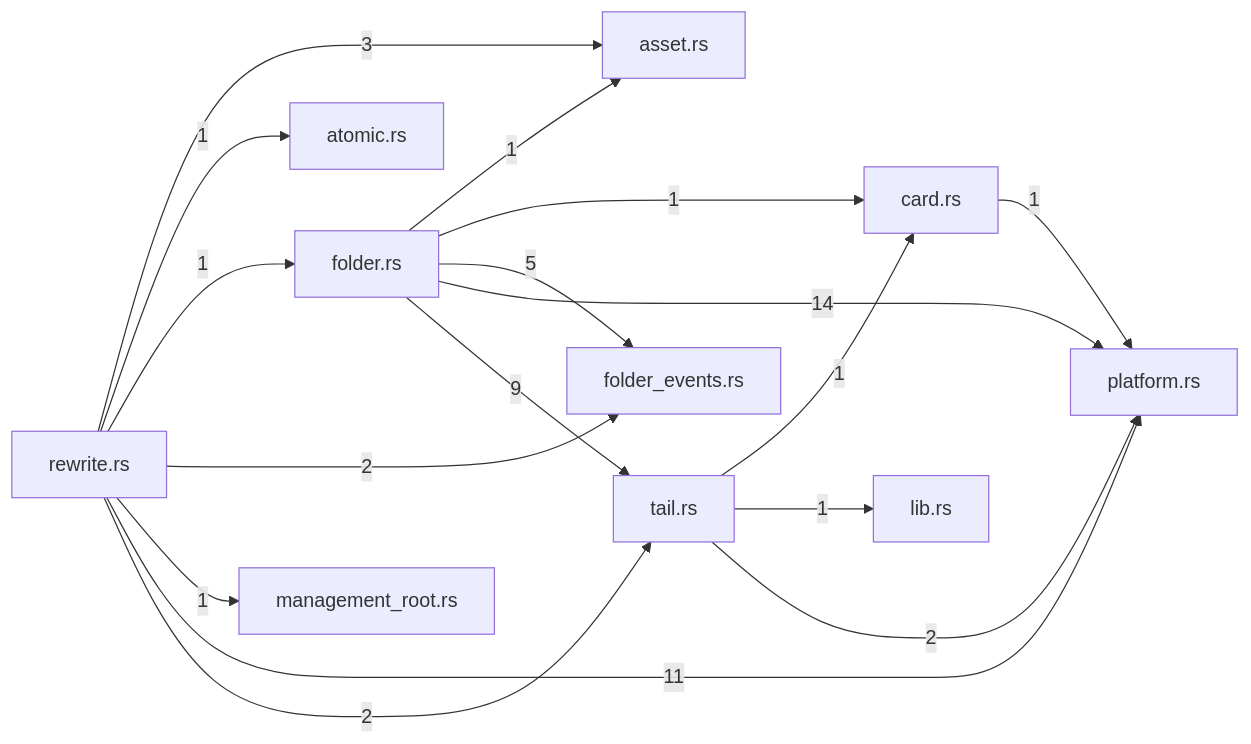
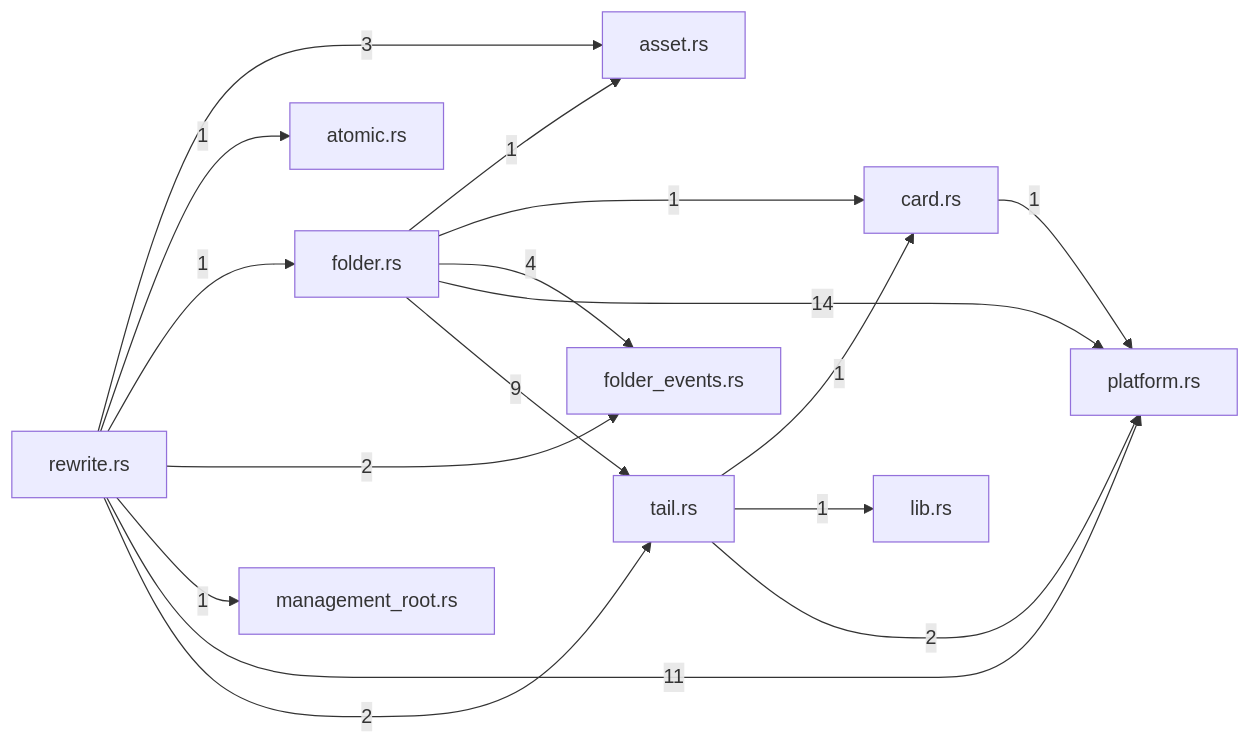
The diagram in crates/store/docs/generated/index.md (TekesApps/TekesKernel), drawn with Mermaid before and after one commit. The commit also changed other lines of this file and 56 other files, not shown here.

````diff
--- a/crates/store/docs/generated/index.md
+++ b/crates/store/docs/generated/index.md
@@ -43,29 +43,29 @@
 ```mermaid
 flowchart LR
   m0["asset.rs"]
   m1["atomic.rs"]
   m2["card.rs"]
   m3["folder.rs"]
   m4["folder_events.rs"]
   m5["lib.rs"]
   m6["management_root.rs"]
   m7["platform.rs"]
   m8["rewrite.rs"]
   m9["tail.rs"]
   m2 -->|"1"| m7
   m3 -->|"1"| m0
   m3 -->|"1"| m2
-  m3 -->|"5"| m4
+  m3 -->|"4"| m4
   m3 -->|"14"| m7
   m3 -->|"9"| m9
   m8 -->|"3"| m0
   m8 -->|"1"| m1
   m8 -->|"1"| m3
   m8 -->|"2"| m4
   m8 -->|"1"| m6
   m8 -->|"11"| m7
   m8 -->|"2"| m9
   m9 -->|"1"| m2
   m9 -->|"1"| m5
   m9 -->|"2"| m7
 ```
````
